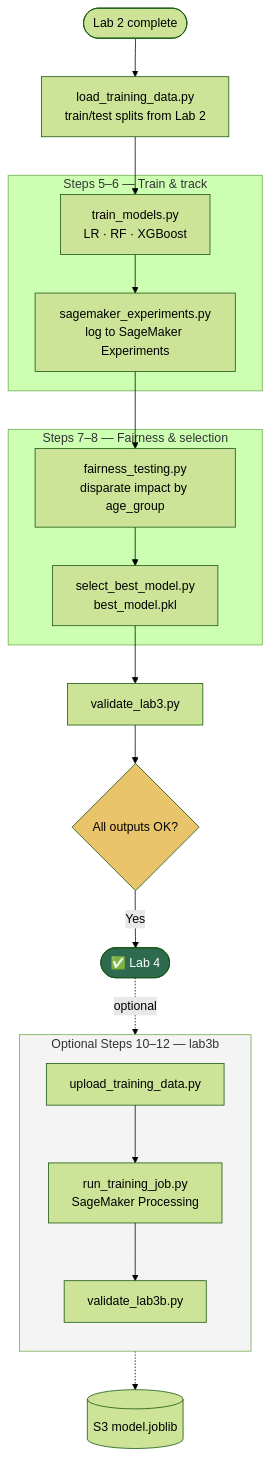
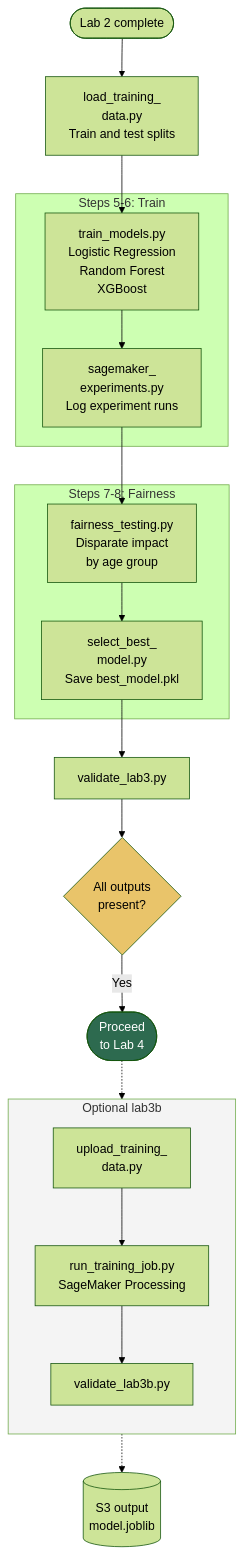
The diagram in lab3/README.md (Innovation-In-Software/ai-infra-mlops), drawn with Mermaid (forest theme) before and after one commit. The commit also changed 10 other files, not shown here.

Commit message:
Fix lab flowcharts: multiline quoted labels to prevent text truncation.

````diff
--- a/lab3/README.md
+++ b/lab3/README.md
@@ -44,36 +44,36 @@
 ```mermaid
 flowchart TB
-    START([Lab 2 complete]) --> LOAD[load_training_data.py<br/>train/test splits from Lab 2]
+    START(["Lab 2 complete"]) --> LOAD["load_training_<br/>data.py<br/>Train and test splits"]
 
-    subgraph Train["Steps 5–6 — Train & track"]
-        TR[train_models.py<br/>LR · RF · XGBoost]
-        EX[sagemaker_experiments.py<br/>log to SageMaker Experiments]
+    subgraph Train["Steps 5-6: Train"]
+        TR["train_models.py<br/>Logistic Regression<br/>Random Forest<br/>XGBoost"]
+        EX["sagemaker_<br/>experiments.py<br/>Log experiment runs"]
         TR --> EX
     end
 
-    subgraph Fair["Steps 7–8 — Fairness & selection"]
-        FA[fairness_testing.py<br/>disparate impact by age_group]
-        SEL[select_best_model.py<br/>best_model.pkl]
+    subgraph Fair["Steps 7-8: Fairness"]
+        FA["fairness_testing.py<br/>Disparate impact<br/>by age group"]
+        SEL["select_best_<br/>model.py<br/>Save best_model.pkl"]
         FA --> SEL
     end
 
-    VAL[validate_lab3.py] --> GATE{All outputs OK?}
-    GATE -->|Yes| OK([✅ Lab 4])
+    VAL["validate_lab3.py"] --> GATE{"All outputs<br/>present?"}
+    GATE -->|Yes| OK(["Proceed<br/>to Lab 4"])
 
     LOAD --> TR
     EX --> FA
     SEL --> VAL
 
-    subgraph Optional["Optional Steps 10–12 — lab3b"]
+    subgraph Optional["Optional lab3b"]
         direction TB
-        U[upload_training_data.py] --> J[run_training_job.py<br/>SageMaker Processing]
-        J --> V3[validate_lab3b.py]
+        U["upload_training_<br/>data.py"] --> J["run_training_job.py<br/>SageMaker Processing"]
+        J --> V3["validate_lab3b.py"]
     end
 
-    OK -.->|optional| U
-    V3 -.-> AWS[(S3 model.joblib)]
+    OK -.-> U
+    J -.-> AWS[("S3 output<br/>model.joblib")]
 
     style OK fill:#2d6a4f,color:#fff
     style GATE fill:#e9c46a,color:#000
     style Optional fill:#f4f4f4,color:#333
 ```
````
